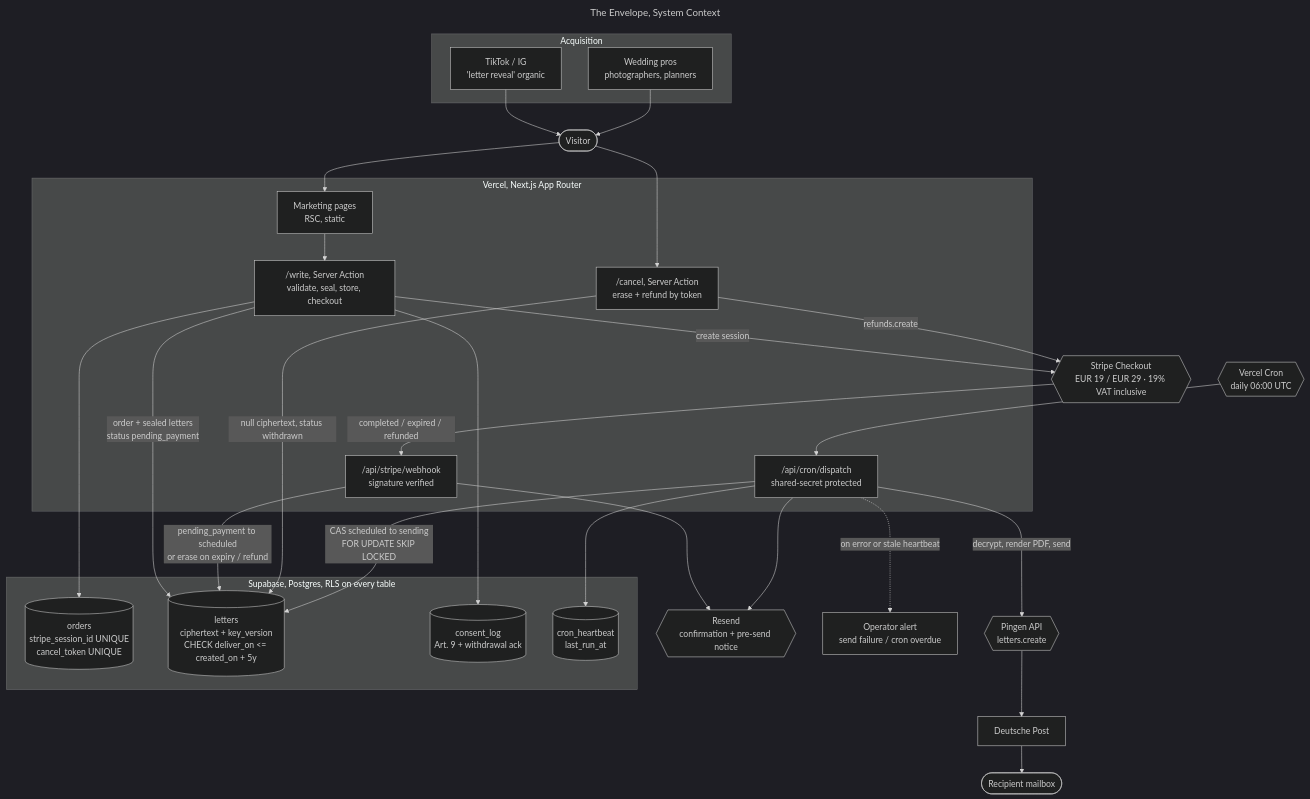
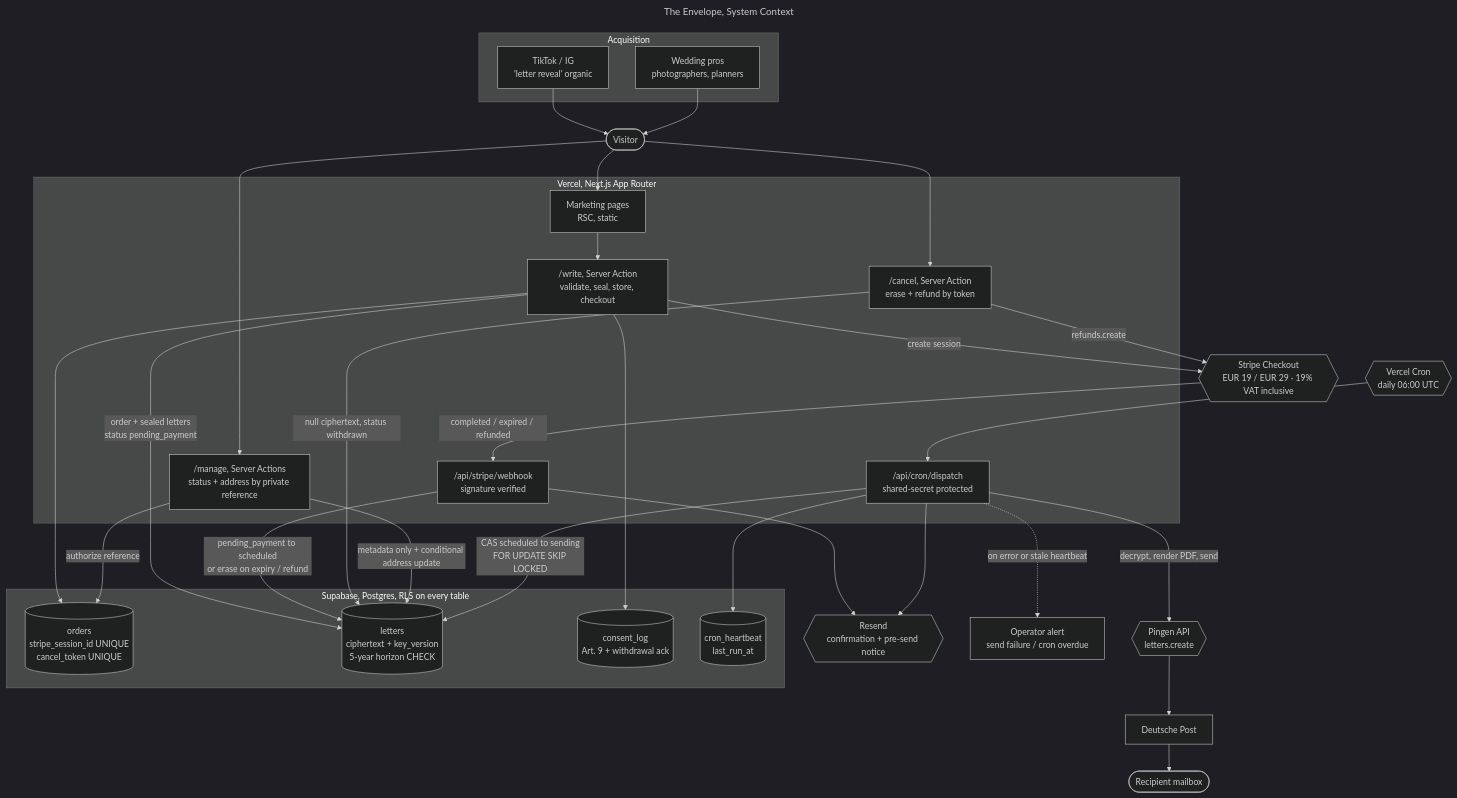
The first of 3 diagrams in README.md (kandulanikhilvarma/the-envelope), drawn with Mermaid (dark theme) before and after one commit. The commit also changed other lines of this file and 32 other files, not shown here.

First line of the commit message:
feat: let customers manage letters without operator help

````diff
--- a/README.md
+++ b/README.md
@@ -86,61 +87,65 @@
 ```mermaid
 ---
 title: The Envelope, System Context
 ---
 flowchart TB
     subgraph acq["Acquisition"]
         TT["TikTok / IG<br/>'letter reveal' organic"]
         WP["Wedding pros<br/>photographers, planners"]
     end
 
     V(["Visitor"])
     TT --> V
     WP --> V
 
     subgraph vercel["Vercel, Next.js App Router"]
         MKT["Marketing pages<br/>RSC, static"]
         APP["/write, Server Action<br/>validate, seal, store, checkout"]
+        MAN["/manage, Server Actions<br/>status + address by private reference"]
         CXL["/cancel, Server Action<br/>erase + refund by token"]
         HOOK["/api/stripe/webhook<br/>signature verified"]
         CRON["/api/cron/dispatch<br/>shared-secret protected"]
     end
 
     V --> MKT
     MKT --> APP
     V --> CXL
+    V --> MAN
 
     subgraph supa["Supabase, Postgres, RLS on every table"]
         ORD[("orders<br/>stripe_session_id UNIQUE<br/>cancel_token UNIQUE")]
-        LET[("letters<br/>ciphertext + key_version<br/>CHECK deliver_on &lt;= created_on + 5y")]
+        LET[("letters<br/>ciphertext + key_version<br/>5-year horizon CHECK")]
         CON[("consent_log<br/>Art. 9 + withdrawal ack")]
         HB[("cron_heartbeat<br/>last_run_at")]
     end
 
     APP -->|"order + sealed letters<br/>status pending_payment"| LET
     APP --> ORD
     APP --> CON
     HOOK -->|"pending_payment to scheduled<br/>or erase on expiry / refund"| LET
     CXL -->|"null ciphertext, status withdrawn"| LET
+    MAN -->|"authorize reference"| ORD
+    MAN -->|"metadata only + conditional address update"| LET
     CRON -->|"CAS scheduled to sending<br/>FOR UPDATE SKIP LOCKED"| LET
     CRON --> HB
 
     STRIPE{{"Stripe Checkout<br/>EUR 19 / EUR 29 · 19% VAT inclusive"}}
     APP -->|"create session"| STRIPE
     STRIPE -->|"completed / expired / refunded"| HOOK
     CXL -->|"refunds.create"| STRIPE
 
     MAIL{{"Resend<br/>confirmation + pre-send notice"}}
     HOOK --> MAIL
     CRON --> MAIL
 
     SCHED{{"Vercel Cron<br/>daily 06:00 UTC"}}
     SCHED --> CRON
 
     PIN{{"Pingen API<br/>letters.create"}}
     CRON -->|"decrypt, render PDF, send"| PIN
     PIN --> DP["Deutsche Post"]
     DP --> RCP(["Recipient mailbox"])
 
     ALERT["Operator alert<br/>send failure / cron overdue"]
     CRON -.->|"on error or stale heartbeat"| ALERT
 ```
````
